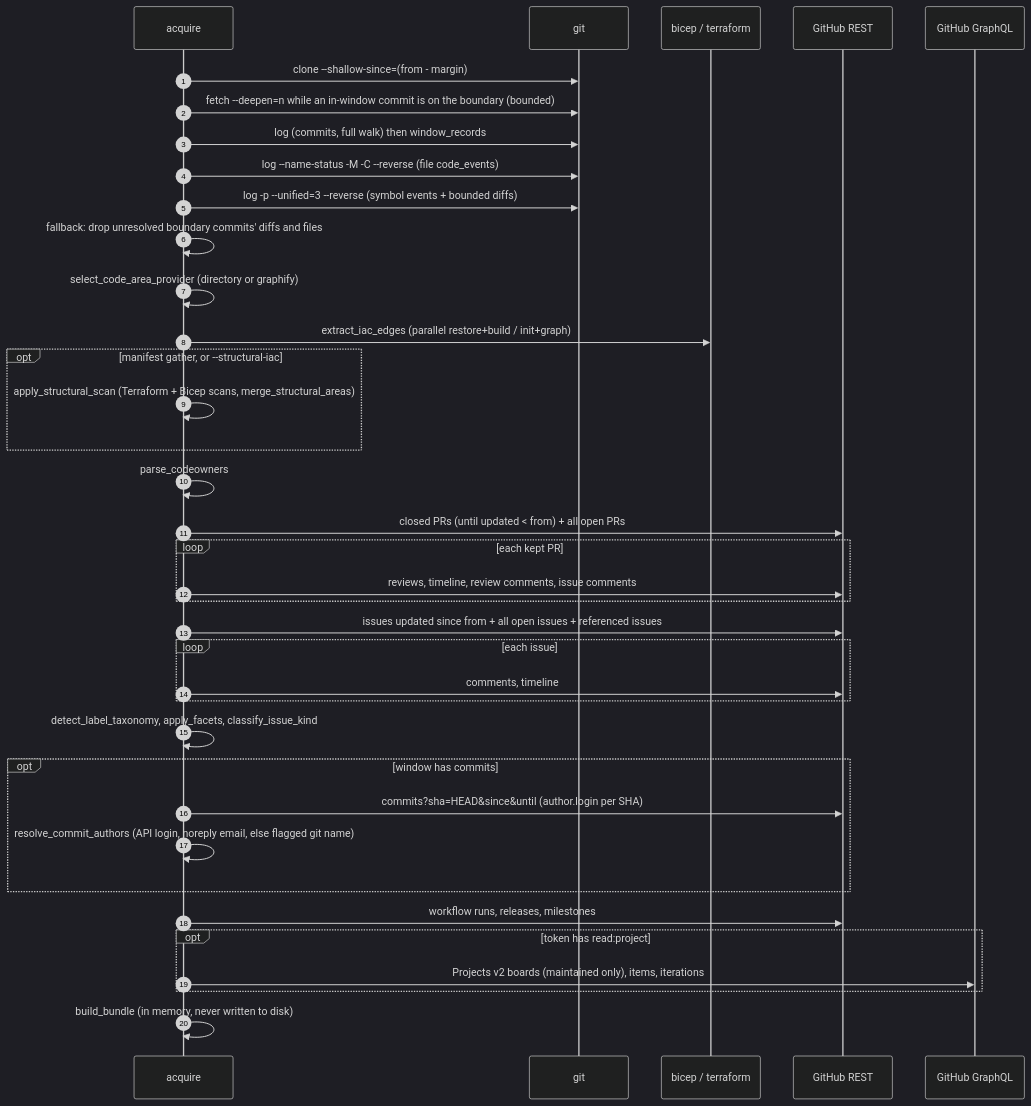
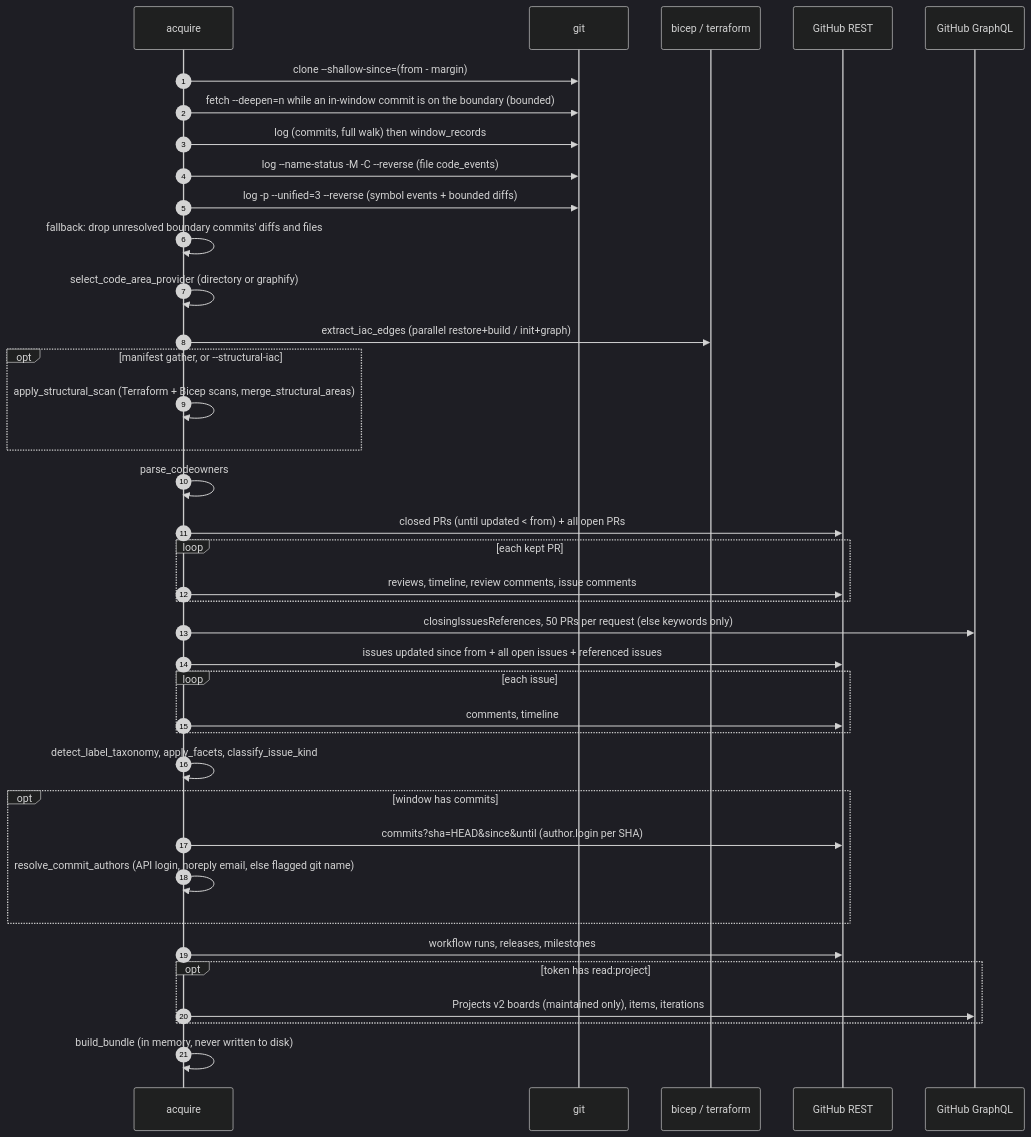
The second of 12 diagrams in .claude/skills/activity-overview/docs/LLD.md (DamianFlynn/experiments), drawn with Mermaid (dark theme) before and after one commit. The commit also changed other lines of this file and 8 other files, not shown here.

````diff
--- a/.claude/skills/activity-overview/docs/LLD.md
+++ b/.claude/skills/activity-overview/docs/LLD.md
@@ -162,39 +162,40 @@
 ```mermaid
 sequenceDiagram
   autonumber
   participant A as acquire
   participant Git as git
   participant IaC as bicep / terraform
   participant REST as GitHub REST
   participant GQL as GitHub GraphQL
   A->>Git: clone --shallow-since=(from - margin)
   A->>Git: fetch --deepen=n while an in-window commit is on the boundary (bounded)
   A->>Git: log (commits, full walk) then window_records
   A->>Git: log --name-status -M -C --reverse (file code_events)
   A->>Git: log -p --unified=3 --reverse (symbol events + bounded diffs)
   A->>A: fallback: drop unresolved boundary commits' diffs and files
   A->>A: select_code_area_provider (directory or graphify)
   A->>IaC: extract_iac_edges (parallel restore+build / init+graph)
   opt manifest gather, or --structural-iac
     A->>A: apply_structural_scan (Terraform + Bicep scans, merge_structural_areas)
   end
   A->>A: parse_codeowners
   A->>REST: closed PRs (until updated < from) + all open PRs
   loop each kept PR
     A->>REST: reviews, timeline, review comments, issue comments
   end
+  A->>GQL: closingIssuesReferences, 50 PRs per request (else keywords only)
   A->>REST: issues updated since from + all open issues + referenced issues
   loop each issue
     A->>REST: comments, timeline
   end
   A->>A: detect_label_taxonomy, apply_facets, classify_issue_kind
   opt window has commits
     A->>REST: commits?sha=HEAD&since&until (author.login per SHA)
     A->>A: resolve_commit_authors (API login, noreply email, else flagged git name)
   end
   A->>REST: workflow runs, releases, milestones
   opt token has read:project
     A->>GQL: Projects v2 boards (maintained only), items, iterations
   end
   A->>A: build_bundle (in memory, never written to disk)
 ```
````
